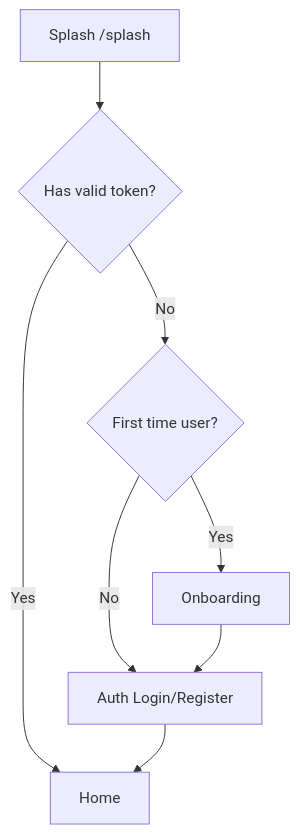
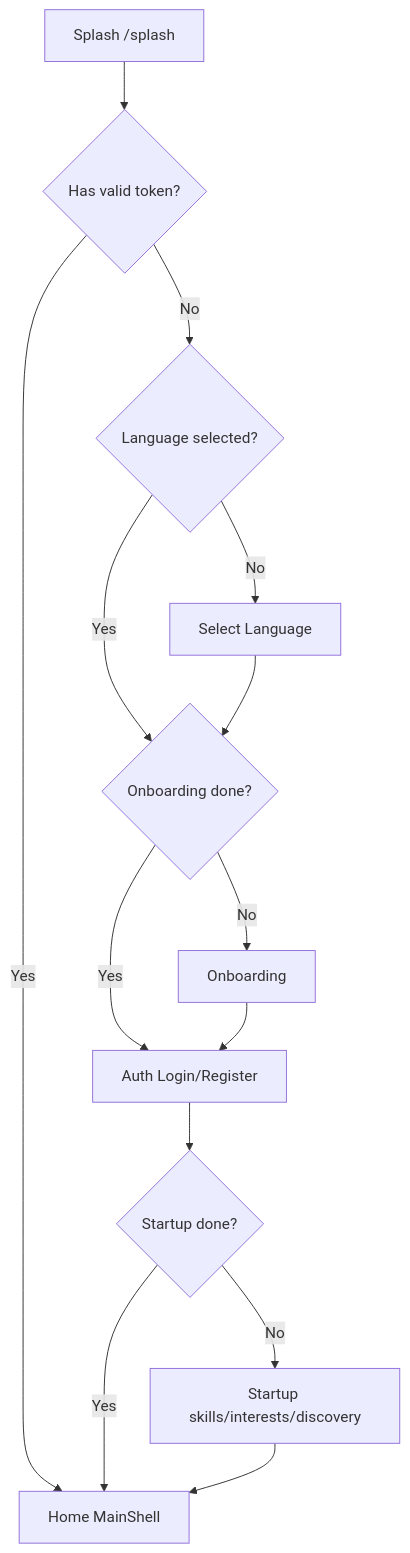
The diagram in prompt/Prompt Frontend/01-navigation-and-flow.md (vithey-mobile/Mobile-App-ACLEDA), drawn with Mermaid before and after one commit. The commit also changed other lines of this file and 183 other files, not shown here.

````diff
--- a/prompt/Prompt Frontend/01-navigation-and-flow.md
+++ b/prompt/Prompt Frontend/01-navigation-and-flow.md
@@ -5,10 +5,16 @@
 ```mermaid
 flowchart TD
-    A[Splash /splash] --> B{Has valid token?}
-    B -->|Yes| H[Home]
-    B -->|No| C{First time user?}
-    C -->|Yes| D[Onboarding]
-    C -->|No| E[Auth Login/Register]
+    A["Splash /splash"] --> B{Has valid token?}
+    B -->|Yes| H[Home MainShell]
+    B -->|No| L{Language selected?}
+    L -->|No| SL["Select Language"]
+    L -->|Yes| C{Onboarding done?}
+    SL --> C
+    C -->|No| D[Onboarding]
+    C -->|Yes| E[Auth Login/Register]
     D --> E
-    E --> H
+    E --> S{Startup done?}
+    S -->|No| ST[Startup skills/interests/discovery]
+    S -->|Yes| H
+    ST --> H
 ```
````
